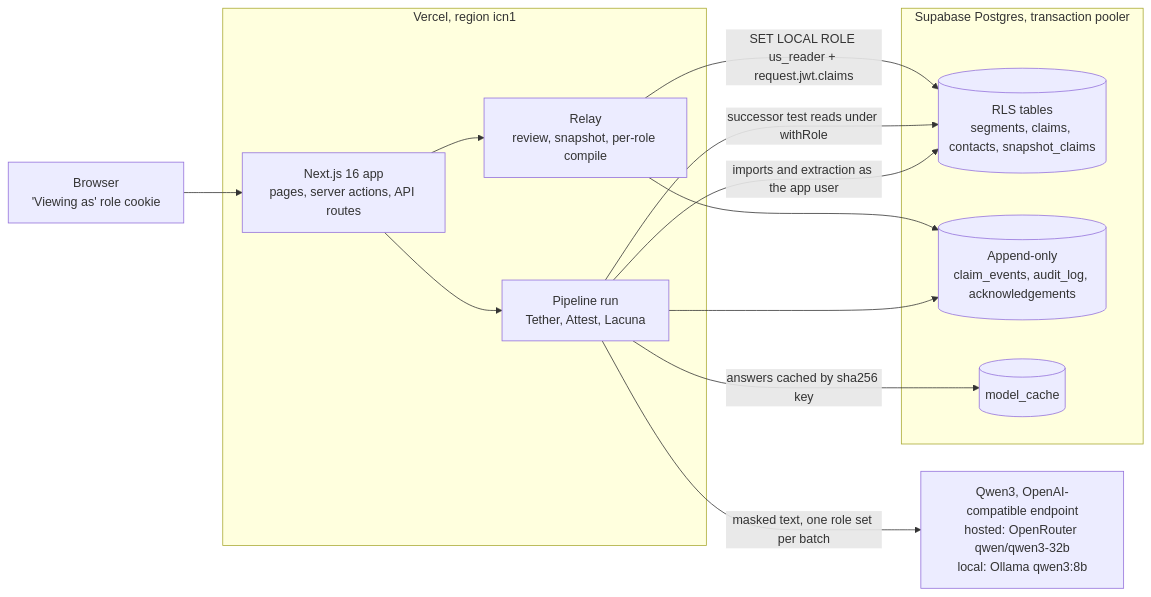
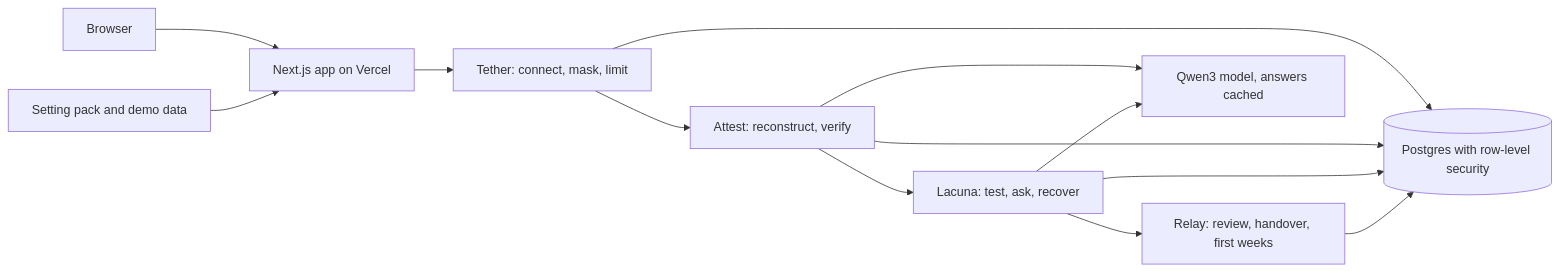
The first of 2 diagrams in README.md (m4xy07/understudy), drawn with Mermaid before and after one commit. The commit also changed other lines of this file, not shown here.

Commit message:
README for Round 3: clean-clone setup that works word for word with no model key, both demos, where to see the three improvements, troubleshooting

````diff
--- a/README.md
+++ b/README.md
@@ -74,29 +94,15 @@
 ```mermaid
 flowchart LR
-  user["Browser<br/>'Viewing as' role cookie"]
-
-  subgraph vercel["Vercel, region icn1"]
-    app["Next.js 16 app<br/>pages, server actions, API routes"]
-    pipe["Pipeline run<br/>Tether, Attest, Lacuna"]
-    relay["Relay<br/>review, snapshot, per-role compile"]
-  end
-
-  subgraph supa["Supabase Postgres, transaction pooler"]
-    rls[("RLS tables<br/>segments, claims, contacts, snapshot_claims")]
-    ledger[("Append-only<br/>claim_events, audit_log, acknowledgements")]
-    cache[("model_cache")]
-  end
-
-  model["Qwen3, OpenAI-compatible endpoint<br/>hosted: OpenRouter qwen/qwen3-32b<br/>local: Ollama qwen3:8b"]
-
-  user --> app
-  app --> pipe
-  app --> relay
-  pipe -- "imports and extraction as the app user" --> rls
-  pipe -- "successor test reads under withRole" --> rls
-  pipe --> ledger
-  pipe -- "masked text, one role set per batch" --> model
-  pipe -- "answers cached by sha256 key" --> cache
-  relay -- "SET LOCAL ROLE us_reader + request.jwt.claims" --> rls
-  relay --> ledger
+  B["Browser"] --> A["Next.js app on Vercel"]
+  A --> T["Tether: connect, mask, limit"]
+  T --> AT["Attest: reconstruct, verify"]
+  AT --> L["Lacuna: test, ask, recover"]
+  L --> R["Relay: review, handover, first weeks"]
+  T --> DB[("Postgres with row-level security")]
+  AT --> DB
+  L --> DB
+  R --> DB
+  AT --> M["Qwen3 model, answers cached"]
+  L --> M
+  P["Setting pack and demo data"] --> A
 ```
````
